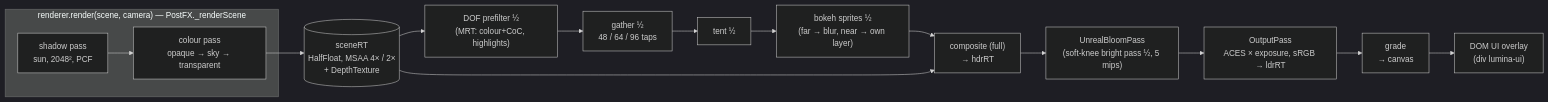
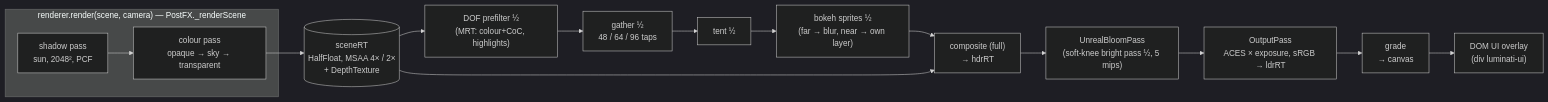
Before and after one commit to Leemonztuff/SoulDolls-Lumina: the diagram in docs/architecture/RENDER_PIPELINE.md, drawn with Mermaid (dark theme). The commit also changed other lines of this file and 586 other files, not shown here.

````diff
--- a/docs/architecture/RENDER_PIPELINE.md
+++ b/docs/architecture/RENDER_PIPELINE.md
@@ -56,15 +56,15 @@
 ```mermaid
 flowchart LR
   subgraph R["renderer.render(scene, camera) — PostFX._renderScene"]
     SH["shadow pass<br/>sun, 2048², PCF"] --> SC["colour pass<br/>opaque → sky → transparent"]
   end
   SC --> MS[("sceneRT<br/>HalfFloat, MSAA 4× / 2×<br/>+ DepthTexture")]
   MS --> PRE["DOF prefilter ½<br/>(MRT: colour+CoC, highlights)"]
   PRE --> GA["gather ½<br/>48 / 64 / 96 taps"] --> TE["tent ½"] --> SP["bokeh sprites ½<br/>(far → blur, near → own layer)"]
   SP --> CO["composite (full)<br/>→ hdrRT"]
   MS --> CO
   CO --> BL["UnrealBloomPass<br/>(soft-knee bright pass ½, 5 mips)"]
   BL --> OUT["OutputPass<br/>ACES × exposure, sRGB → ldrRT"]
   OUT --> GR["grade<br/>→ canvas"]
-  GR --> UI["DOM UI overlay<br/>(div lumina-ui)"]
+  GR --> UI["DOM UI overlay<br/>(div luminati-ui)"]
 ```
````
